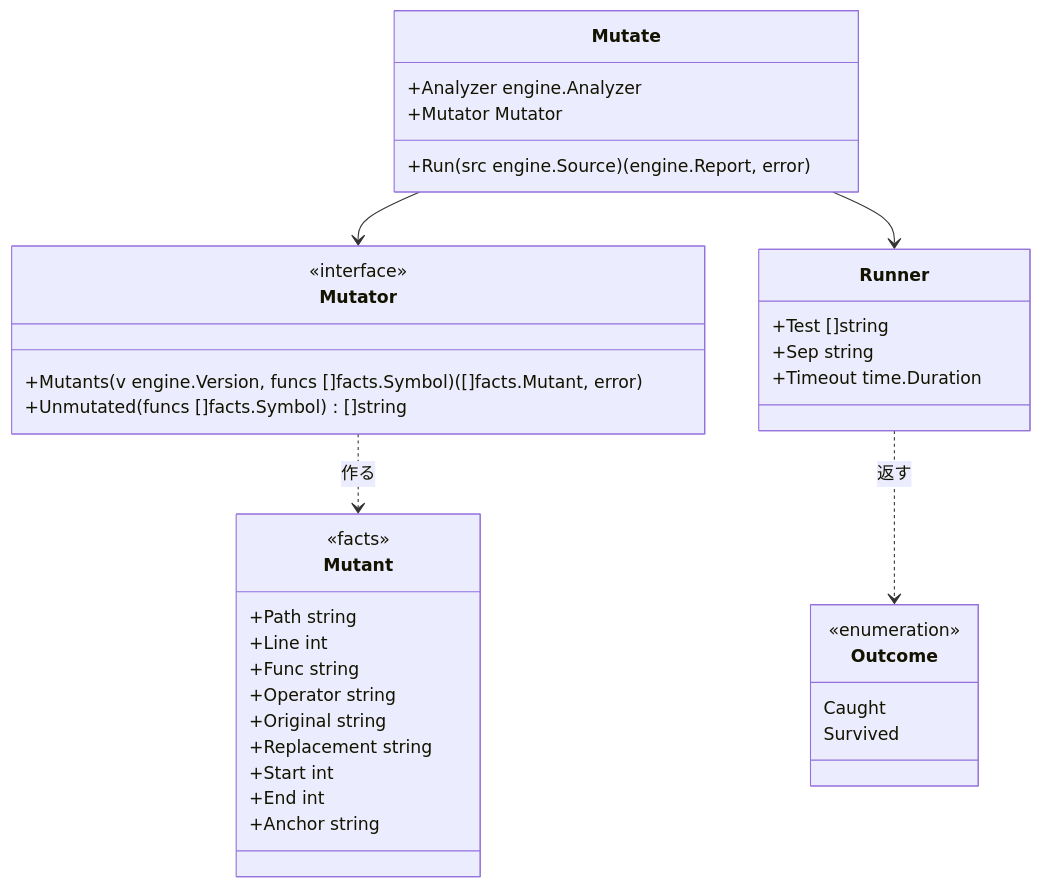
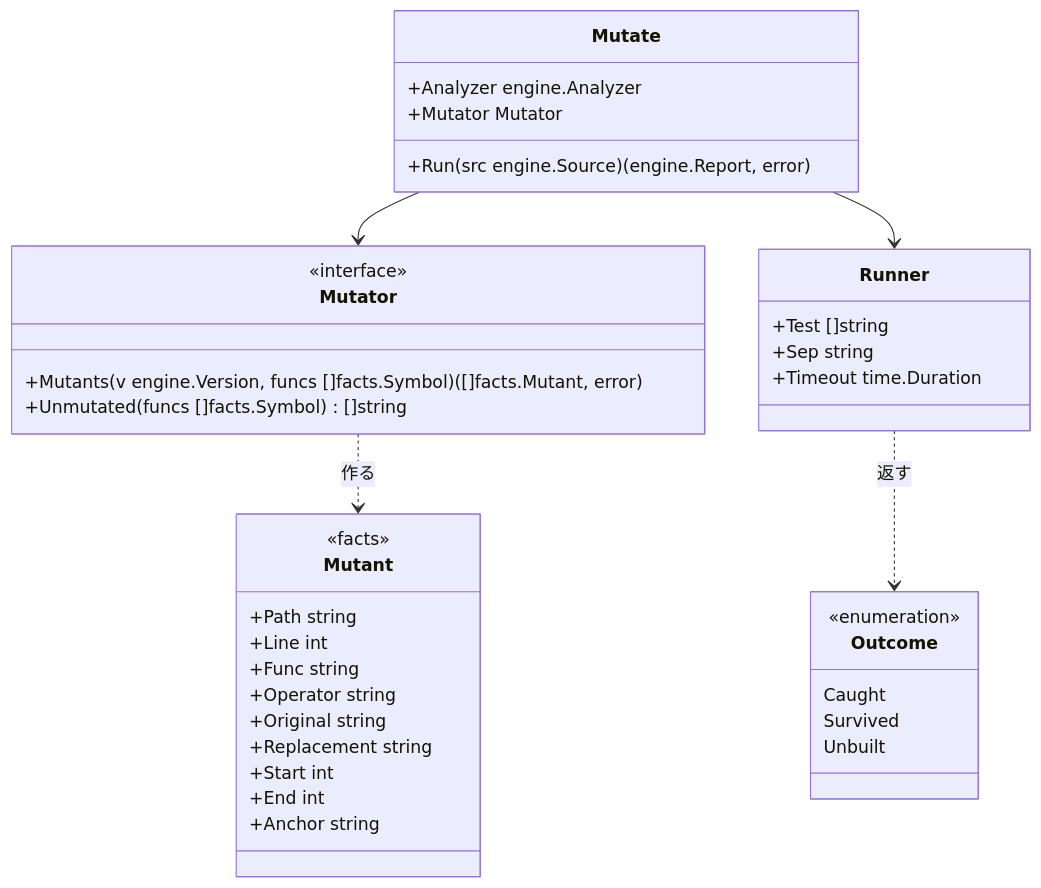
Before and after one commit to rerorets/hadome: the second of 3 diagrams in docs/design/mutation.ja.md, drawn with Mermaid. The commit also changed other lines of this file and 9 other files, not shown here.

````diff
--- a/docs/design/mutation.ja.md
+++ b/docs/design/mutation.ja.md
@@ -89,39 +90,40 @@
 ```mermaid
 classDiagram
   class Mutant {
     <<facts>>
     +Path string
     +Line int
     +Func string
     +Operator string
     +Original string
     +Replacement string
     +Start int
     +End int
     +Anchor string
   }
   class Mutator {
     <<interface>>
     +Mutants(v engine.Version, funcs []facts.Symbol) ([]facts.Mutant, error)
     +Unmutated(funcs []facts.Symbol) []string
   }
   class Mutate {
     +Analyzer engine.Analyzer
     +Mutator Mutator
     +Run(src engine.Source) (engine.Report, error)
   }
   class Runner {
     +Test []string
     +Sep string
     +Timeout time.Duration
   }
   class Outcome {
     <<enumeration>>
     Caught
     Survived
+    Unbuilt
   }
   Mutator ..> Mutant : 作る
   Mutate --> Mutator
   Mutate --> Runner
   Runner ..> Outcome : 返す
 ```
````
